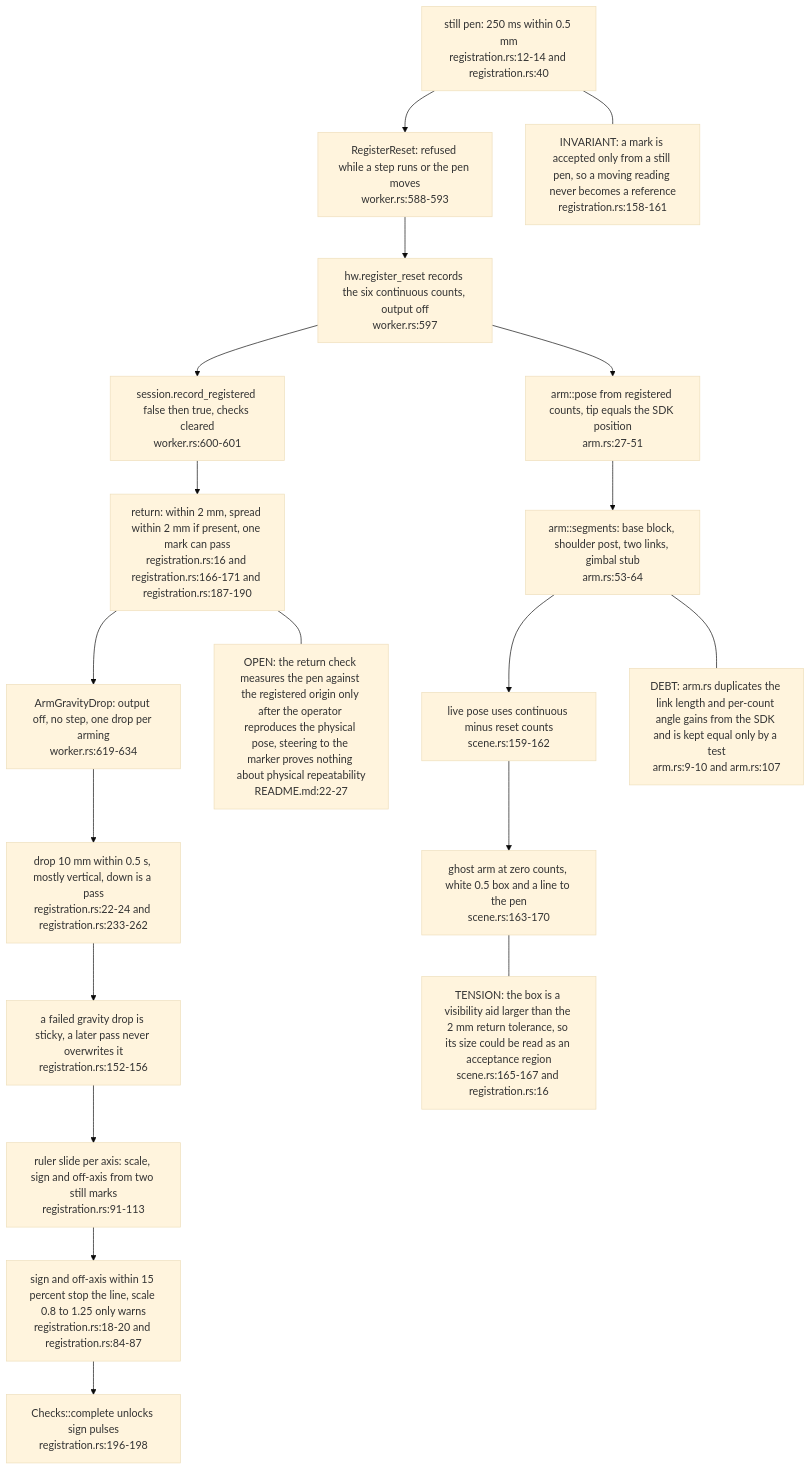
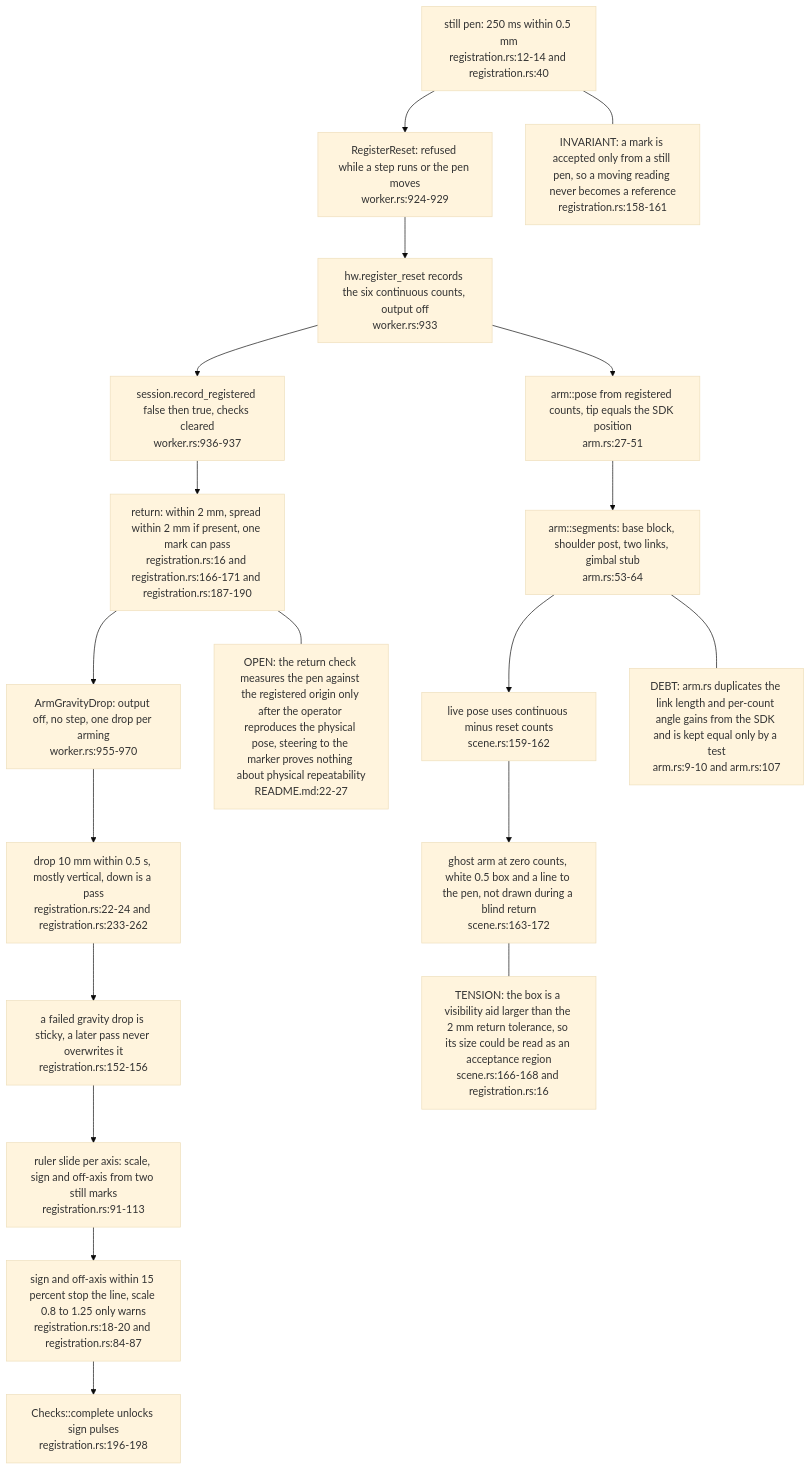
One commit to DreamLab-AI/VisionFlow changed the fourth of 7 diagrams in docs/diagrams/visiontouch-rs/08-calibration-studio-and-verification-ladder.md. Above: the diagram before and after it, drawn with Mermaid (base theme). The commit also changed other lines of this file and 36 other files, not shown here.

First line of the commit message:
docs(diagrams): re-derive and re-stamp agentbox, dream-engine, visioncraft, visiontouch and vowl topics; drop LAN addresses

````diff
--- a/docs/diagrams/visiontouch-rs/08-calibration-studio-and-verification-ladder.md
+++ b/docs/diagrams/visiontouch-rs/08-calibration-studio-and-verification-ladder.md
@@ -187,40 +188,40 @@
 ```mermaid
 flowchart TB
     STILL["still pen: 250 ms within 0.5 mm<br/>registration.rs:12-14 and registration.rs:40"]
-    REGC["RegisterReset: refused while a step runs or the pen moves<br/>worker.rs:588-593"]
-    SDK["hw.register_reset records the six continuous counts, output off<br/>worker.rs:597"]
-    RESET["session.record_registered false then true, checks cleared<br/>worker.rs:600-601"]
+    REGC["RegisterReset: refused while a step runs or the pen moves<br/>worker.rs:924-929"]
+    SDK["hw.register_reset records the six continuous counts, output off<br/>worker.rs:933"]
+    RESET["session.record_registered false then true, checks cleared<br/>worker.rs:936-937"]
     RET["return: within 2 mm, spread within 2 mm if present, one mark can pass<br/>registration.rs:16 and registration.rs:166-171 and registration.rs:187-190"]
-    ARMG["ArmGravityDrop: output off, no step, one drop per arming<br/>worker.rs:619-634"]
+    ARMG["ArmGravityDrop: output off, no step, one drop per arming<br/>worker.rs:955-970"]
     GRAV["drop 10 mm within 0.5 s, mostly vertical, down is a pass<br/>registration.rs:22-24 and registration.rs:233-262"]
     STICKY["a failed gravity drop is sticky, a later pass never overwrites it<br/>registration.rs:152-156"]
     RULER["ruler slide per axis: scale, sign and off-axis from two still marks<br/>registration.rs:91-113"]
     RULEOK["sign and off-axis within 15 percent stop the line, scale 0.8 to 1.25 only warns<br/>registration.rs:18-20 and registration.rs:84-87"]
     DONE["Checks::complete unlocks sign pulses<br/>registration.rs:196-198"]
     POSE["arm::pose from registered counts, tip equals the SDK position<br/>arm.rs:27-51"]
     WIRE["arm::segments: base block, shoulder post, two links, gimbal stub<br/>arm.rs:53-64"]
     LIVE["live pose uses continuous minus reset counts<br/>scene.rs:159-162"]
-    GHOST["ghost arm at zero counts, white 0.5 box and a line to the pen<br/>scene.rs:163-170"]
+    GHOST["ghost arm at zero counts, white 0.5 box and a line to the pen, not drawn during a blind return<br/>scene.rs:163-172"]
     STILL --> REGC
     REGC --> SDK
     SDK --> RESET
     RESET --> RET
     RET --> ARMG
     ARMG --> GRAV
     GRAV --> STICKY
     STICKY --> RULER
     RULER --> RULEOK
     RULEOK --> DONE
     SDK --> POSE
     POSE --> WIRE
     WIRE --> LIVE
     LIVE --> GHOST
     N1["INVARIANT: a mark is accepted only from a still pen, so a moving reading never becomes a reference<br/>registration.rs:158-161"]
     N2["DEBT: arm.rs duplicates the link length and per-count angle gains from the SDK and is kept equal only by a test<br/>arm.rs:9-10 and arm.rs:107"]
-    N3["TENSION: the box is a visibility aid larger than the 2 mm return tolerance, so its size could be read as an acceptance region<br/>scene.rs:165-167 and registration.rs:16"]
+    N3["TENSION: the box is a visibility aid larger than the 2 mm return tolerance, so its size could be read as an acceptance region<br/>scene.rs:166-168 and registration.rs:16"]
     N4["OPEN: the return check measures the pen against the registered origin only after the operator reproduces the physical pose, steering to the marker proves nothing about physical repeatability<br/>README.md:22-27"]
     STILL --- N1
     WIRE --- N2
     GHOST --- N3
     RET --- N4
 ```
````
